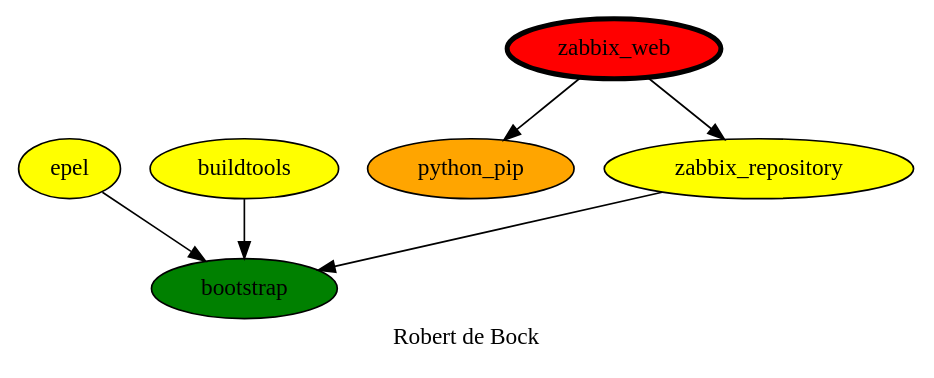
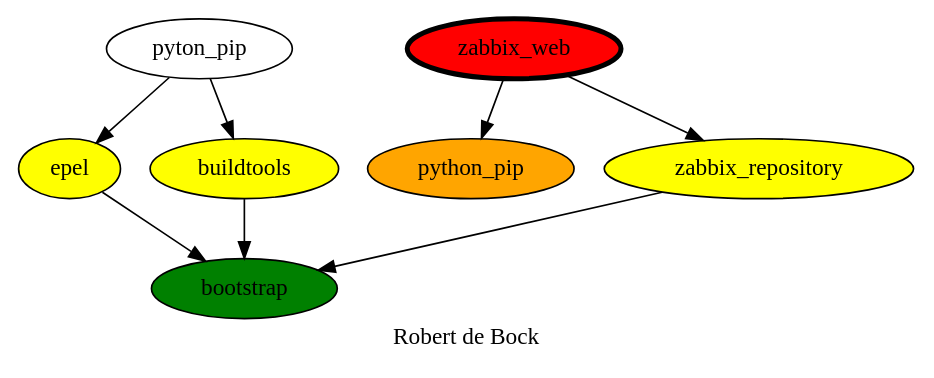
Before and after one commit to robertdebock/drawings: the diagram in zabbix_web.dot, drawn with Graphviz.

Commit message:
Relate more roles.

```diff
--- a/zabbix_web.dot
+++ b/zabbix_web.dot
@@ -1,15 +1,15 @@
 digraph PhiloDilemma {
   label = "Robert de Bock" ;
   overlap=false
   {
     bootstrap [fillcolor=green style=filled]
-    
     epel [fillcolor=yellow style=filled]
     buildtools [fillcolor=yellow style=filled]
     python_pip [fillcolor=orange style=filled]
     zabbix_repository [fillcolor=yellow style=filled]
     zabbix_web [fillcolor=red style=filled penwidth=3]
   }
   {buildtools epel zabbix_repository} -> bootstrap
   zabbix_web -> {zabbix_repository python_pip}
+  pyton_pip -> {buildtools epel}
 }
```
